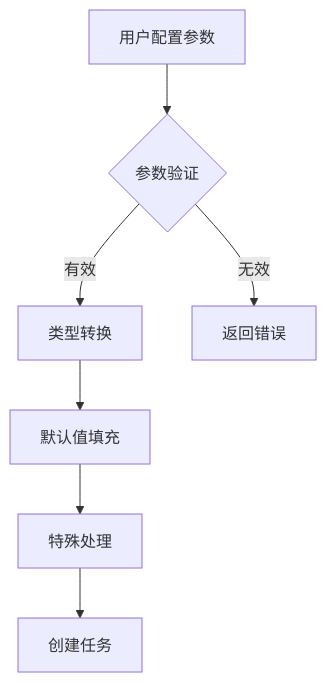
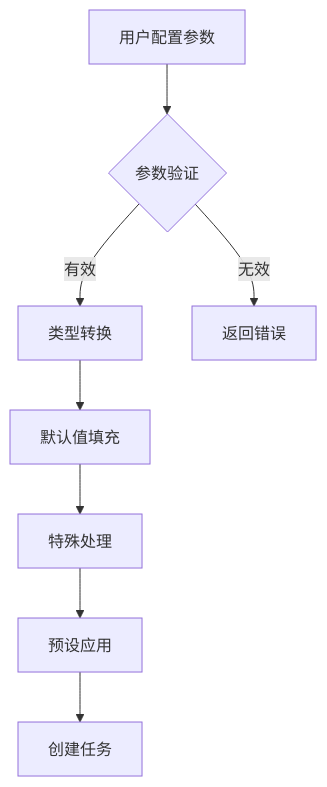
One commit to GitHubNull/sqlmapWebUI changed the fourth of 7 diagrams in .qoder/repowiki/zh/content/核心功能详解/任务管理/任务创建与配置/任务创建与配置.md. Above: the diagram before and after it, drawn with Mermaid. The commit also changed other lines of this file and 3 other files, not shown here.

````diff
--- a/.qoder/repowiki/zh/content/核心功能详解/任务管理/任务创建与配置/任务创建与配置.md
+++ b/.qoder/repowiki/zh/content/核心功能详解/任务管理/任务创建与配置/任务创建与配置.md
@@ -197,9 +211,10 @@
 ```mermaid
 flowchart TD
 A[用户配置参数] --> B{参数验证}
 B --> |有效| C[类型转换]
 B --> |无效| D[返回错误]
 C --> E[默认值填充]
 E --> F[特殊处理]
-F --> G[创建任务]
+F --> G[预设应用]
+G --> H[创建任务]
 ```
````
